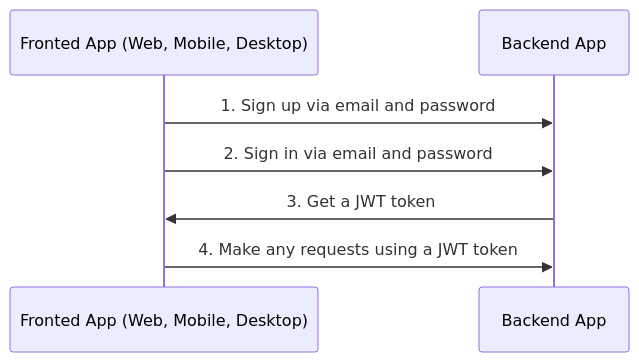
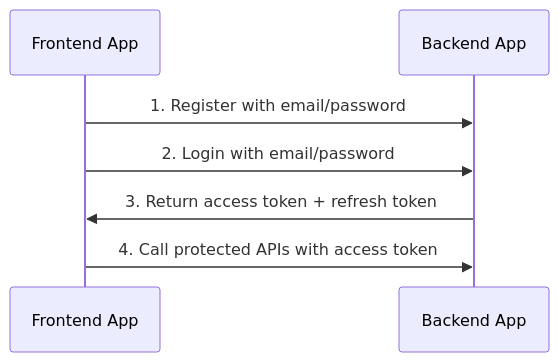
Before and after one commit to Whisper24X/personal: the diagram in backend/docs/auth.md, drawn with Mermaid. The commit also changed other lines of this file and 98 other files, not shown here.

First line of the commit message:
feat: remove social login, email confirmation, and file upload features

````diff
--- a/backend/docs/auth.md
+++ b/backend/docs/auth.md
@@ -28,10 +17,10 @@
 ```mermaid
 sequenceDiagram
-    participant A as Fronted App (Web, Mobile, Desktop)
+    participant A as Frontend App
     participant B as Backend App
 
-    A->>B: 1. Sign up via email and password
-    A->>B: 2. Sign in via email and password
-    B->>A: 3. Get a JWT token
-    A->>B: 4. Make any requests using a JWT token
+    A->>B: 1. Register with email/password
+    A->>B: 2. Login with email/password
+    B->>A: 3. Return access token + refresh token
+    A->>B: 4. Call protected APIs with access token
 ```
````
